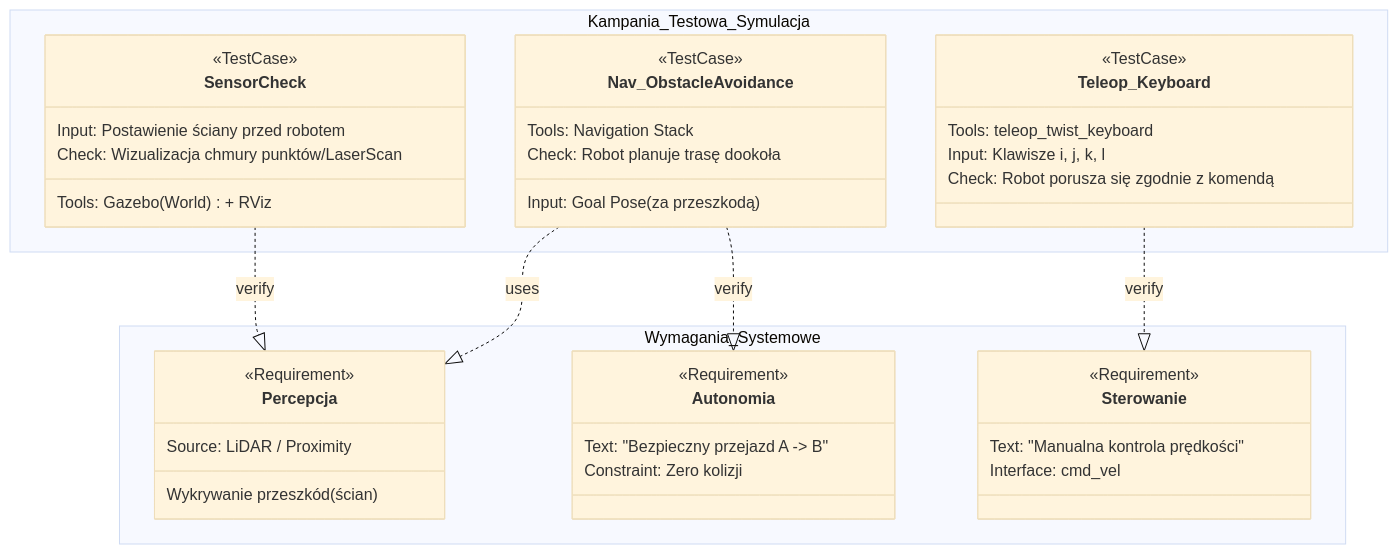
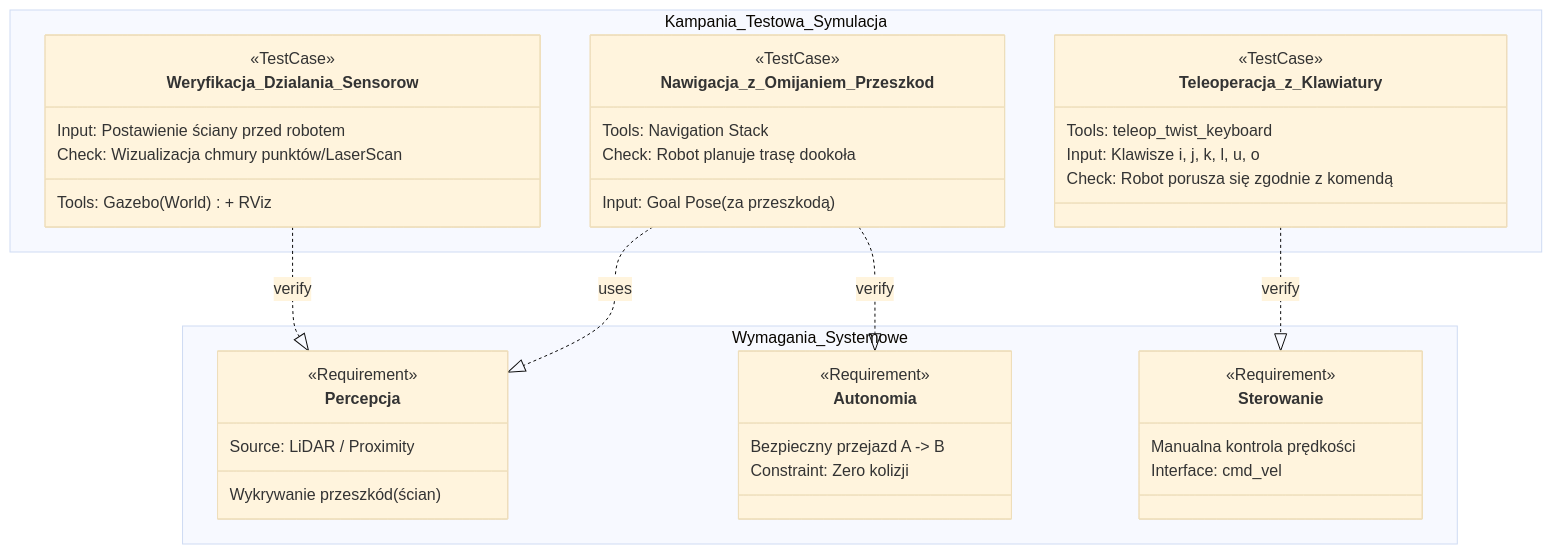
The diagram in lab4.md (Kubasz091/STERO_25Z), drawn with Mermaid (base theme) before and after one commit. The commit also changed other lines of this file, not shown here.

````diff
--- a/lab4.md
+++ b/lab4.md
@@ -85,54 +100,54 @@
 ```mermaid
 classDiagram
     %% --- Definicje Stylów ---
     classDef requirement fill:#FFF9C4,stroke:#FBC02D,stroke-width:2px,color:black;
     classDef testcase fill:#E1F5FE,stroke:#0288D1,stroke-width:1px,color:black;
     classDef hardware fill:#E0E0E0,stroke:#616161,stroke-width:1px,stroke-dasharray: 5 5;
 
     %% --- Pakiet Wymagań (Co robot ma robić?) ---
     namespace Wymagania_Systemowe {
         class Percepcja {
             <<Requirement>>
             Wykrywanie przeszkód (ścian)
             Source: LiDAR / Proximity
         }
         class Autonomia {
             <<Requirement>>
-            Text: "Bezpieczny przejazd A -> B"
+            Bezpieczny przejazd A -> B
             Constraint: Zero kolizji
         }
         class Sterowanie {
             <<Requirement>>
-            Text: "Manualna kontrola prędkości"
+            Manualna kontrola prędkości
             Interface: cmd_vel
         }
     }
 
     %% --- Pakiet Testów (Twoje scenariusze) ---
     namespace Kampania_Testowa_Symulacja {
-        class SensorCheck {
+        class Weryfikacja_Dzialania_Sensorow {
             <<TestCase>>
             Tools: Gazebo (World) + RViz
             Input: Postawienie ściany przed robotem
             Check: Wizualizacja chmury punktów/LaserScan
         }
-        class Nav_ObstacleAvoidance {
+        class Nawigacja_z_Omijaniem_Przeszkod {
             <<TestCase>>
             Tools: Navigation Stack
             Input: Goal Pose (za przeszkodą)
             Check: Robot planuje trasę dookoła
         }
-        class Teleop_Keyboard {
+        class Teleoperacja_z_Klawiatury {
             <<TestCase>>
             Tools: teleop_twist_keyboard
-            Input: Klawisze i, j, k, l
+            Input: Klawisze i, j, k, l, u, o
             Check: Robot porusza się zgodnie z komendą
         }
     }
 
     %% --- Relacje Weryfikacji (Traceability) ---
-    SensorCheck ..|> Percepcja : verify
-    Nav_ObstacleAvoidance ..|> Autonomia : verify
-    Nav_ObstacleAvoidance ..|> Percepcja : uses
-    Teleop_Keyboard ..|> Sterowanie : verify
+    Weryfikacja_Dzialania_Sensorow ..|> Percepcja : verify
+    Nawigacja_z_Omijaniem_Przeszkod ..|> Autonomia : verify
+    Nawigacja_z_Omijaniem_Przeszkod ..|> Percepcja : uses
+    Teleoperacja_z_Klawiatury ..|> Sterowanie : verify
 ```
````
